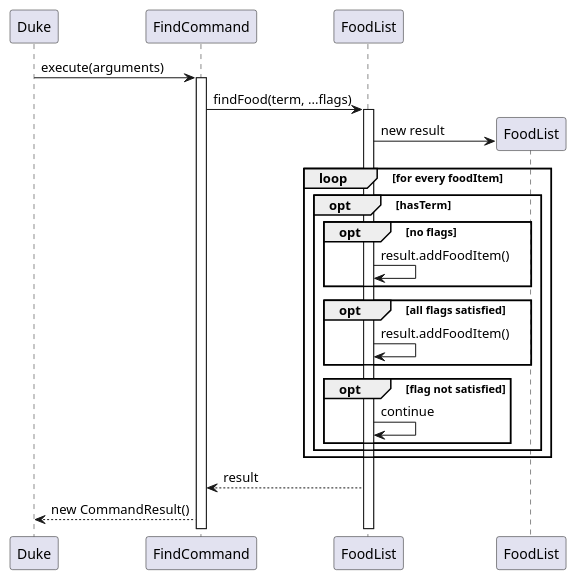
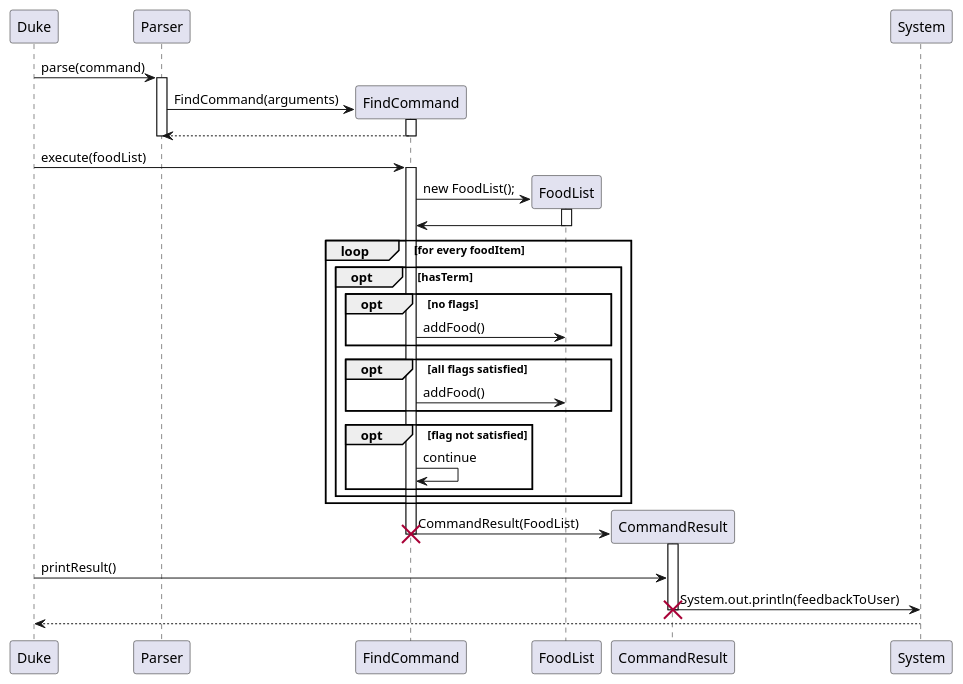
One commit to tsx0314/tp changed the diagram in docs/puml/FindCommandSequenceDiagram.puml. Above: the diagram before and after it, drawn with PlantUML. The commit also changed 10 other files, not shown here.

```diff
--- a/docs/puml/FindCommandSequenceDiagram.puml
+++ b/docs/puml/FindCommandSequenceDiagram.puml
@@ -1,35 +1,51 @@
 @startuml
-participant Duke
-participant FindCommand
-participant FoodList as FoodList
-Duke -> FindCommand: execute(arguments)
+
+Duke -> Parser: parse(command)
+activate Parser
+
+create FindCommand
+FindCommand <- Parser : FindCommand(arguments)
+activate FindCommand
+FindCommand --> Parser
+deactivate FindCommand
+deactivate Parser
+
+Duke -> FindCommand : execute(foodList)
 activate FindCommand
 
-FindCommand -> FoodList: findFood(term, ...flags)
-activate FoodList
 create FoodList as Result
-
-Result <- FoodList: new result
+FindCommand -> Result: new FoodList();
+activate Result
+Result -> FindCommand
+deactivate Result
 
 loop for every foodItem
     opt hasTerm
         opt no flags
-            FoodList -> FoodList: result.addFoodItem()
+            FindCommand -> Result: addFood()
         end
 
         opt all flags satisfied
-            FoodList -> FoodList: result.addFoodItem()
+            FindCommand -> Result: addFood()
         end
 
         opt flag not satisfied
-             FoodList -> FoodList: continue
+             FindCommand -> FindCommand: continue
         end
     end
 end
 
-FindCommand<-- FoodList : result
 
-Duke <-- FindCommand: new CommandResult()
+create CommandResult
+FindCommand -> CommandResult : CommandResult(FoodList)
+activate CommandResult
+deactivate FindCommand
+destroy FindCommand
 
+Duke -> CommandResult: printResult()
+CommandResult->System: System.out.println(feedbackToUser)
+deactivate CommandResult
+destroy CommandResult
 
+System --> Duke
 @enduml
```
